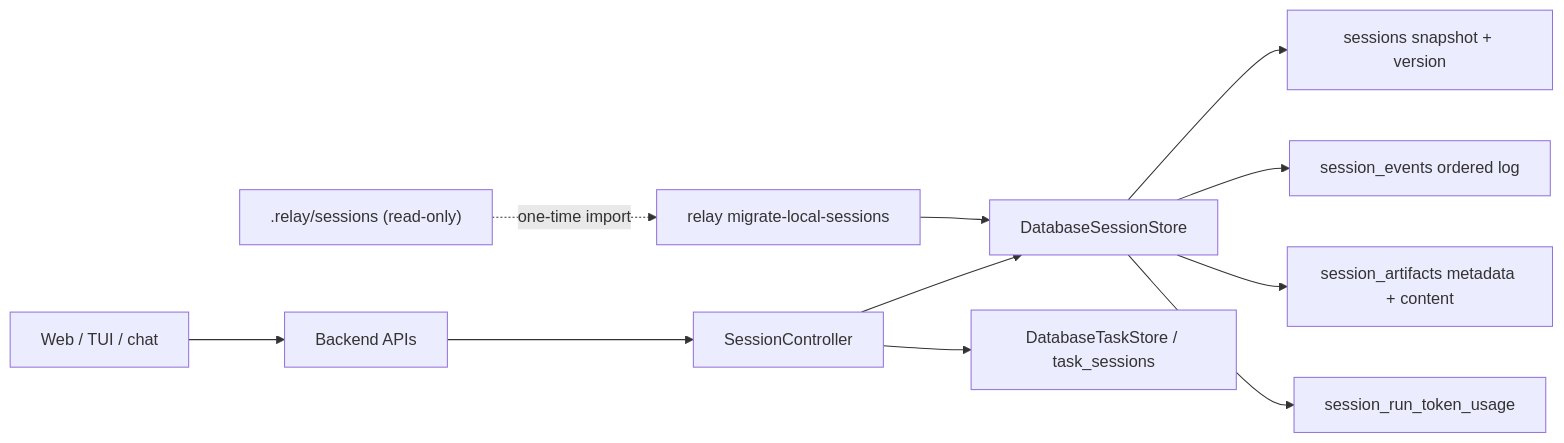
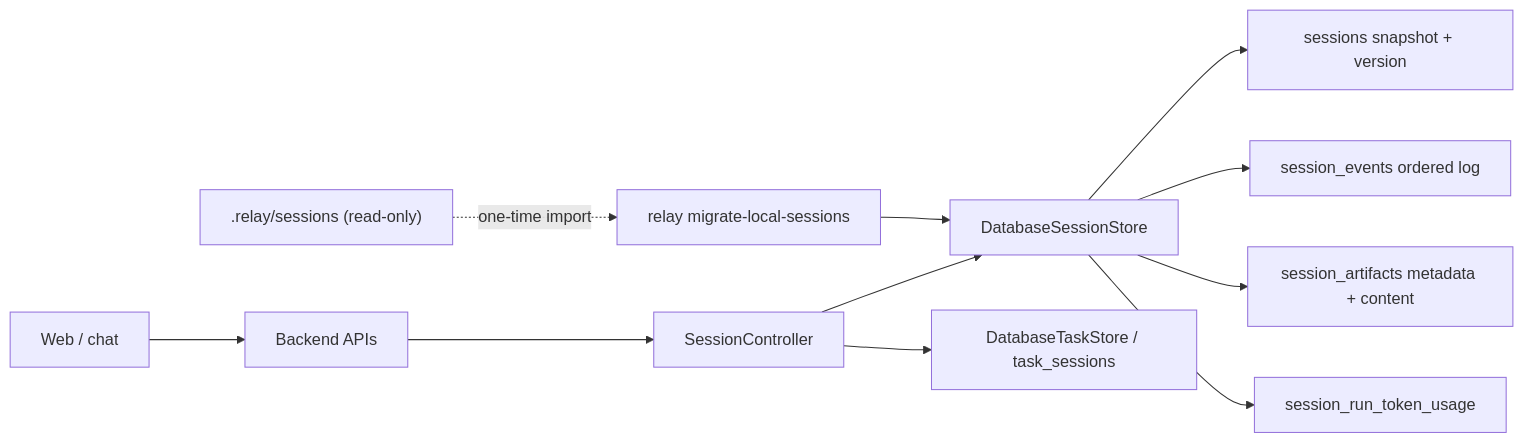
Before and after one commit to droxer/Orchestrix: the diagram in .claude/plans/database-only-thread-storage.plan.md, drawn with Mermaid. The commit also changed 34 other files, not shown here.

````diff
--- a/.claude/plans/database-only-thread-storage.plan.md
+++ b/.claude/plans/database-only-thread-storage.plan.md
@@ -39,13 +39,13 @@
 ```mermaid
 flowchart LR
-    UI["Web / TUI / chat"] --> API["Backend APIs"]
+    UI["Web / chat"] --> API["Backend APIs"]
     API --> Controller["SessionController"]
     Controller --> Store["DatabaseSessionStore"]
     Store --> Sessions["sessions snapshot + version"]
     Store --> Events["session_events ordered log"]
     Store --> Artifacts["session_artifacts metadata + content"]
     Store --> Usage["session_run_token_usage"]
     Controller --> Tasks["DatabaseTaskStore / task_sessions"]
     Legacy[".relay/sessions (read-only)"] -. "one-time import" .-> Importer["relay migrate-local-sessions"]
     Importer --> Store
 ```
````
